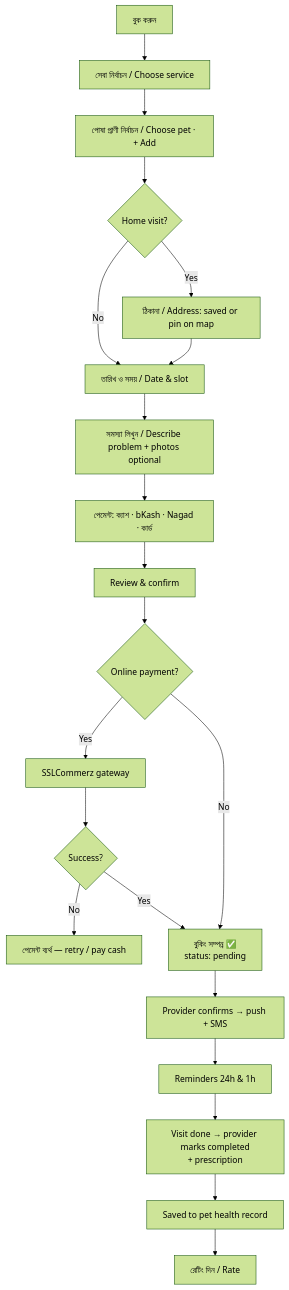
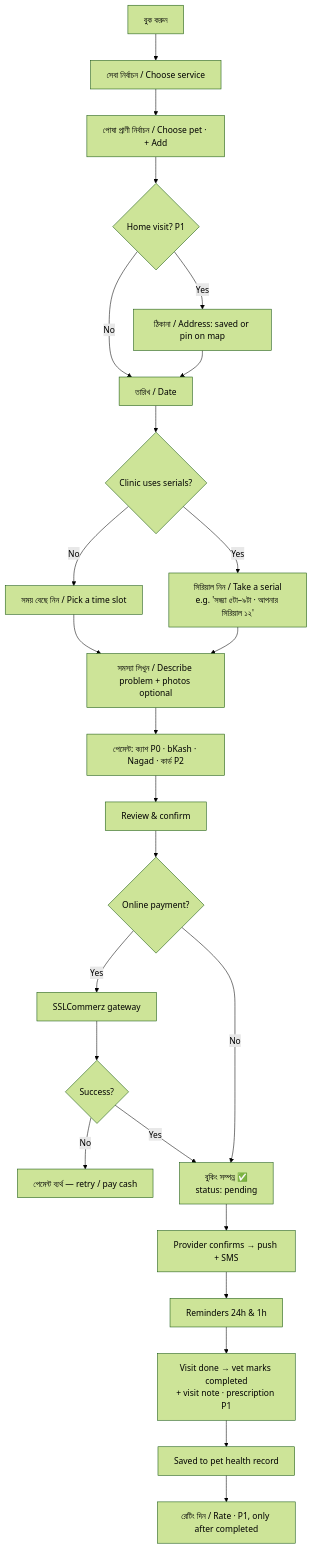
The fourth of 8 diagrams in docs/app-flow.md (afridi2003-maverick/Pranora), drawn with Mermaid (forest theme) before and after one commit. The commit also changed other lines of this file and 9 other files, not shown here.

````diff
--- a/docs/app-flow.md
+++ b/docs/app-flow.md
@@ -132,22 +151,25 @@
 ```mermaid
 flowchart TD
   B0[বুক করুন] --> B1[সেবা নির্বাচন / Choose service]
   B1 --> B2[পোষা প্রাণী নির্বাচন / Choose pet · + Add]
-  B2 --> B3{Home visit?}
+  B2 --> B3{Home visit? P1}
   B3 -- Yes --> ADDR[ঠিকানা / Address: saved or pin on map]
   B3 -- No --> B4
-  ADDR --> B4[তারিখ ও সময় / Date & slot]
-  B4 --> B5[সমস্যা লিখুন / Describe problem + photos optional]
-  B5 --> B6[পেমেন্ট: ক্যাশ · bKash · Nagad · কার্ড]
+  ADDR --> B4[তারিখ / Date]
+  B4 --> B4M{Clinic uses serials?}
+  B4M -- No --> B4S[সময় বেছে নিন / Pick a time slot]
+  B4M -- Yes --> B4N[সিরিয়াল নিন / Take a serial<br/>e.g. 'সন্ধ্যা ৫টা–৯টা · আপনার সিরিয়াল ১২']
+  B4S & B4N --> B5[সমস্যা লিখুন / Describe problem + photos optional]
+  B5 --> B6[পেমেন্ট: ক্যাশ P0 · bKash · Nagad · কার্ড P2]
   B6 --> B7[Review & confirm]
   B7 --> B8{Online payment?}
   B8 -- Yes --> GW[SSLCommerz gateway] --> IPN{Success?}
   IPN -- No --> FAIL[পেমেন্ট ব্যর্থ — retry / pay cash]
   IPN -- Yes --> OK
   B8 -- No --> OK[বুকিং সম্পন্ন ✅<br/>status: pending]
   OK --> CONF[Provider confirms → push + SMS]
   CONF --> REM[Reminders 24h & 1h]
-  REM --> VISIT[Visit done → provider marks completed<br/>+ prescription]
+  REM --> VISIT[Visit done → vet marks completed<br/>+ visit note · prescription P1]
   VISIT --> REC[Saved to pet health record]
-  REC --> RATE[রেটিং দিন / Rate]
+  REC --> RATE[রেটিং দিন / Rate · P1, only after completed]
 ```
````
